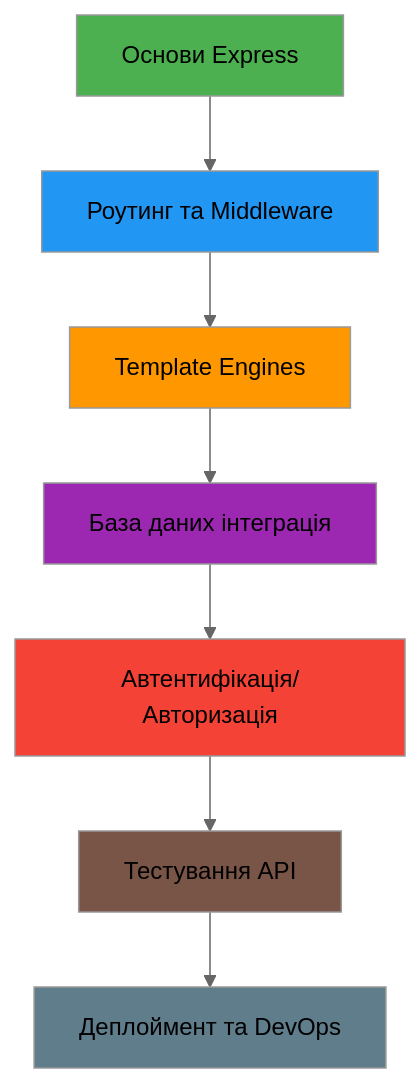
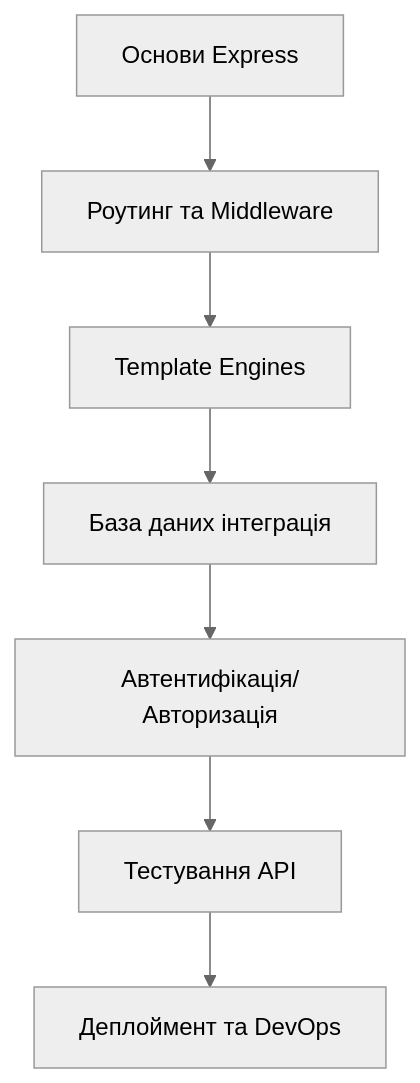
Before and after one commit to olroi421/course-web: the fourth of 4 diagrams in docs/presentations/presentation-04.md, drawn with Mermaid (neutral theme). The commit also changed other lines of this file and 3 other files, not shown here.

````diff
--- a/docs/presentations/presentation-04.md
+++ b/docs/presentations/presentation-04.md
@@ -571,17 +567,9 @@
 ```mermaid
 graph TD
     A[Основи Express] --> B[Роутинг та Middleware]
     B --> C[Template Engines]
     C --> D[База даних інтеграція]
     D --> E[Автентифікація/Авторизація]
     E --> F[Тестування API]
     F --> G[Деплоймент та DevOps]
-
-    style A fill:#4caf50
-    style B fill:#2196f3
-    style C fill:#ff9800
-    style D fill:#9c27b0
-    style E fill:#f44336
-    style F fill:#795548
-    style G fill:#607d8b
 ```
````
